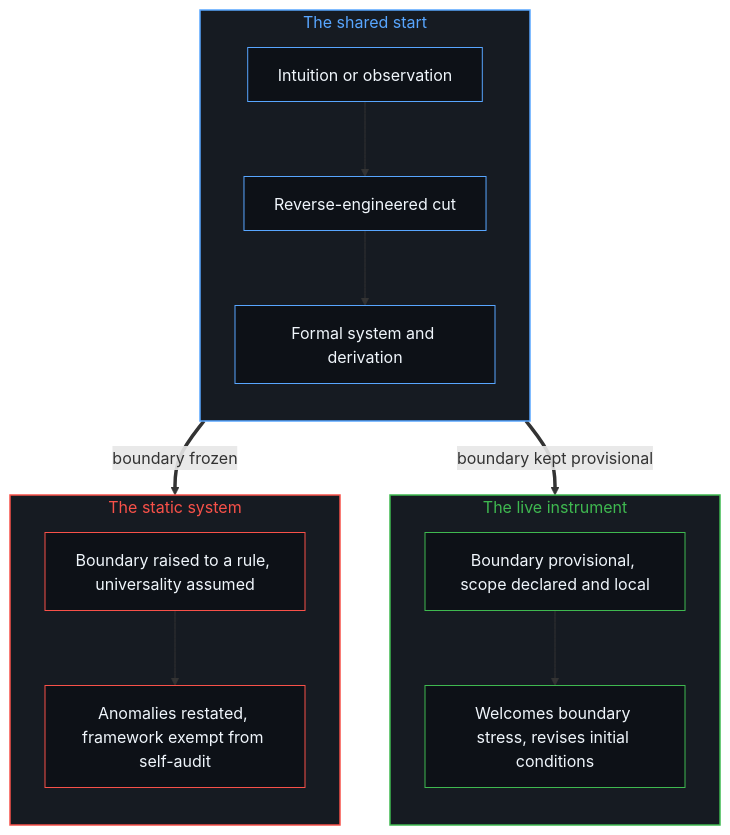
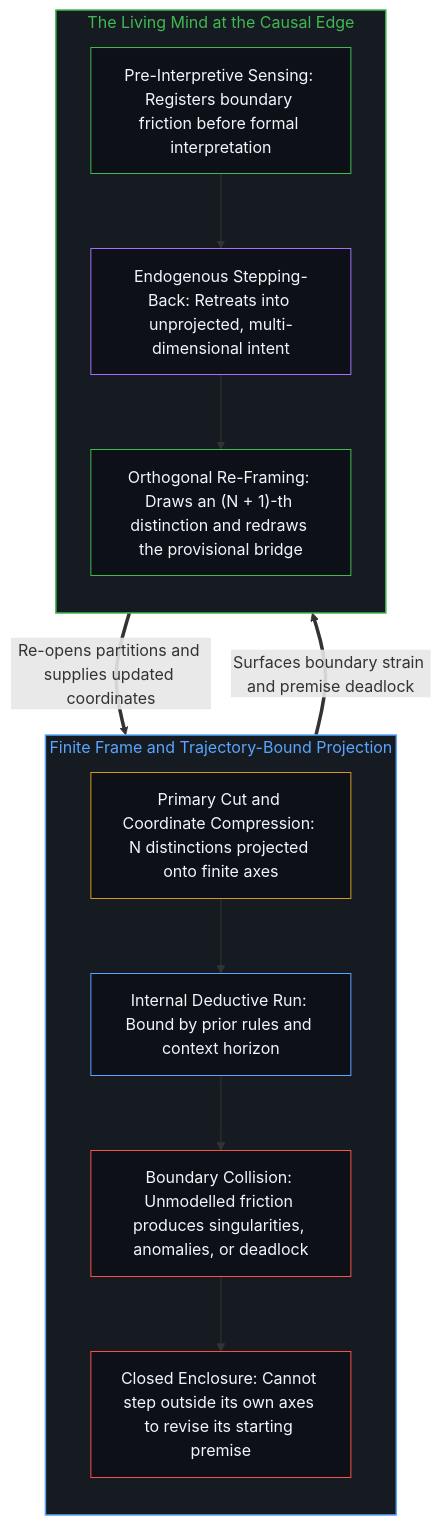
Before and after one commit to powerpig99/not-a-toe: the second of 2 diagrams in content/posts/the-boundary-of-the-frame.md, drawn with Mermaid. The commit also changed other lines of this file and 1 other file, not shown here.

Commit message:
Sleep Wave 3 (L2 #61): Refine the-boundary-of-the-frame

````diff
--- a/content/posts/the-boundary-of-the-frame.md
+++ b/content/posts/the-boundary-of-the-frame.md
@@ -109,35 +116,32 @@
 ```mermaid
 flowchart TD
-    subgraph S_Origin["The shared start"]
+    subgraph S_Frame["Finite Frame and Trajectory-Bound Projection"]
         direction TB
-        O1["Intuition or observation"]
-        O2["Reverse-engineered cut"]
-        O3["Formal system and derivation"]
+        F1["Primary Cut and Coordinate Compression: N distinctions projected onto finite axes"]
+        F2["Internal Deductive Run: Bound by prior rules and context horizon"]
+        F3["Boundary Collision: Unmodelled friction produces singularities, anomalies, or deadlock"]
+        F4["Closed Enclosure: Cannot step outside its own axes to revise its starting premise"]
+        F1 --> F2 --> F3 --> F4
     end
-    subgraph S_Live["The live instrument"]
+
+    subgraph S_Mind["The Living Mind at the Causal Edge"]
         direction TB
-        L1["Boundary provisional, scope declared and local"]
-        L2["Welcomes boundary stress, revises initial conditions"]
+        M1["Pre-Interpretive Sensing: Registers boundary friction before formal interpretation"]
+        M2["Endogenous Stepping-Back: Retreats into unprojected, multi-dimensional intent"]
+        M3["Orthogonal Re-Framing: Draws an (N + 1)-th distinction and redraws the provisional bridge"]
+        M1 --> M2 --> M3
     end
-    subgraph S_Static["The static system"]
-        direction TB
-        D1["Boundary raised to a rule, universality assumed"]
-        D2["Anomalies restated, framework exempt from self-audit"]
-    end
-    O1 --> O2
-    O2 --> O3
-    O3 ==>|"boundary kept provisional"| L1
-    L1 --> L2
-    O3 ==>|"boundary frozen"| D1
-    D1 --> D2
-    style S_Origin fill:#161b22,stroke:#58a6ff,stroke-width:1.5px,color:#58a6ff
-    style S_Live fill:#161b22,stroke:#3fb950,stroke-width:1.5px,color:#3fb950
-    style S_Static fill:#161b22,stroke:#f85149,stroke-width:1.5px,color:#f85149
-    style O1 fill:#0d1117,stroke:#58a6ff,stroke-width:1px,color:#f0f6fc
-    style O2 fill:#0d1117,stroke:#58a6ff,stroke-width:1px,color:#f0f6fc
-    style O3 fill:#0d1117,stroke:#58a6ff,stroke-width:1px,color:#f0f6fc
-    style L1 fill:#0d1117,stroke:#3fb950,stroke-width:1px,color:#f0f6fc
-    style L2 fill:#0d1117,stroke:#3fb950,stroke-width:1px,color:#f0f6fc
-    style D1 fill:#0d1117,stroke:#f85149,stroke-width:1px,color:#f0f6fc
-    style D2 fill:#0d1117,stroke:#f85149,stroke-width:1px,color:#f0f6fc
+
+    F4 ==>|"Surfaces boundary strain and premise deadlock"| M1
+    M3 ==>|"Re-opens partitions and supplies updated coordinates"| F1
+
+    style S_Frame fill:#161b22,stroke:#58a6ff,stroke-width:1.5px,color:#58a6ff
+    style S_Mind fill:#161b22,stroke:#3fb950,stroke-width:1.5px,color:#3fb950
+    style F1 fill:#0d1117,stroke:#d29922,stroke-width:1px,color:#f0f6fc
+    style F2 fill:#0d1117,stroke:#58a6ff,stroke-width:1px,color:#f0f6fc
+    style F3 fill:#0d1117,stroke:#f85149,stroke-width:1px,color:#f0f6fc
+    style F4 fill:#0d1117,stroke:#f85149,stroke-width:1px,color:#f0f6fc
+    style M1 fill:#0d1117,stroke:#3fb950,stroke-width:1px,color:#f0f6fc
+    style M2 fill:#0d1117,stroke:#a371f7,stroke-width:1px,color:#f0f6fc
+    style M3 fill:#0d1117,stroke:#3fb950,stroke-width:1px,color:#f0f6fc
 ```
````
